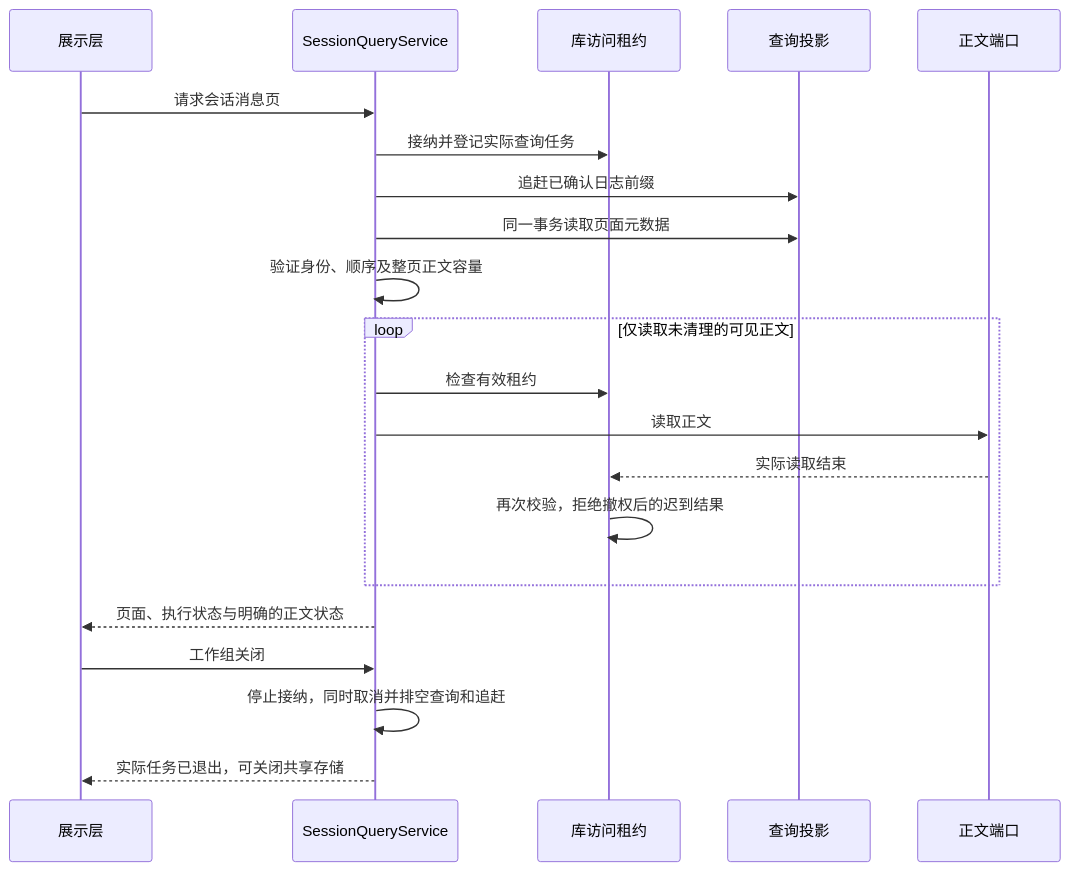
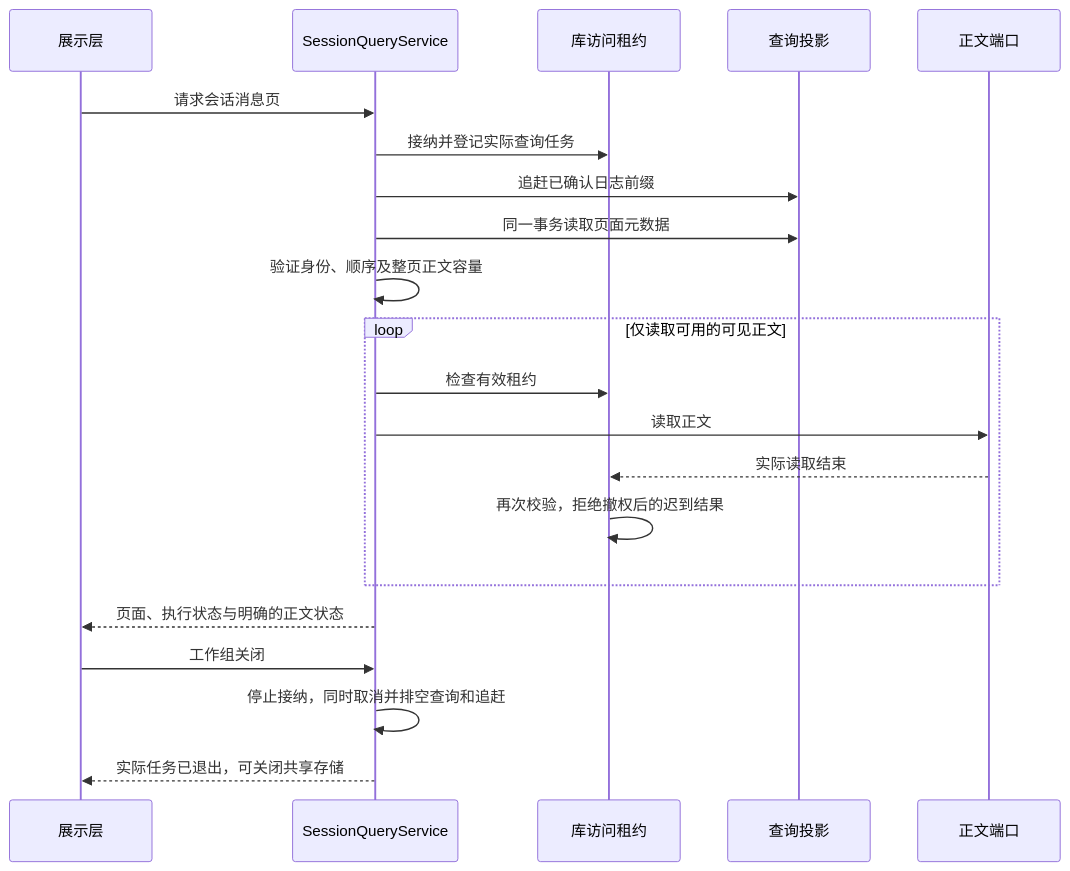
The sixth of 7 diagrams in docs/architecture/AGENT_SESSION_READS.md (alwynou/mira), drawn with Mermaid before and after one commit. The commit also changed other lines of this file and 290 other files, not shown here.

````diff
--- a/docs/architecture/AGENT_SESSION_READS.md
+++ b/docs/architecture/AGENT_SESSION_READS.md
@@ -214,23 +210,23 @@
 ```mermaid
 sequenceDiagram
     participant Host as 展示层
     participant Query as SessionQueryService
     participant Access as 库访问租约
     participant Projection as 查询投影
     participant Payload as 正文端口
     Host->>Query: 请求会话消息页
     Query->>Access: 接纳并登记实际查询任务
     Query->>Projection: 追赶已确认日志前缀
     Query->>Projection: 同一事务读取页面元数据
     Query->>Query: 验证身份、顺序及整页正文容量
-    loop 仅读取未清理的可见正文
+    loop 仅读取可用的可见正文
         Query->>Access: 检查有效租约
         Query->>Payload: 读取正文
         Payload-->>Access: 实际读取结束
         Access->>Access: 再次校验，拒绝撤权后的迟到结果
     end
     Query-->>Host: 页面、执行状态与明确的正文状态
     Host->>Query: 工作组关闭
     Query->>Query: 停止接纳，同时取消并排空查询和追赶
     Query-->>Host: 实际任务已退出，可关闭共享存储
 ```
````
